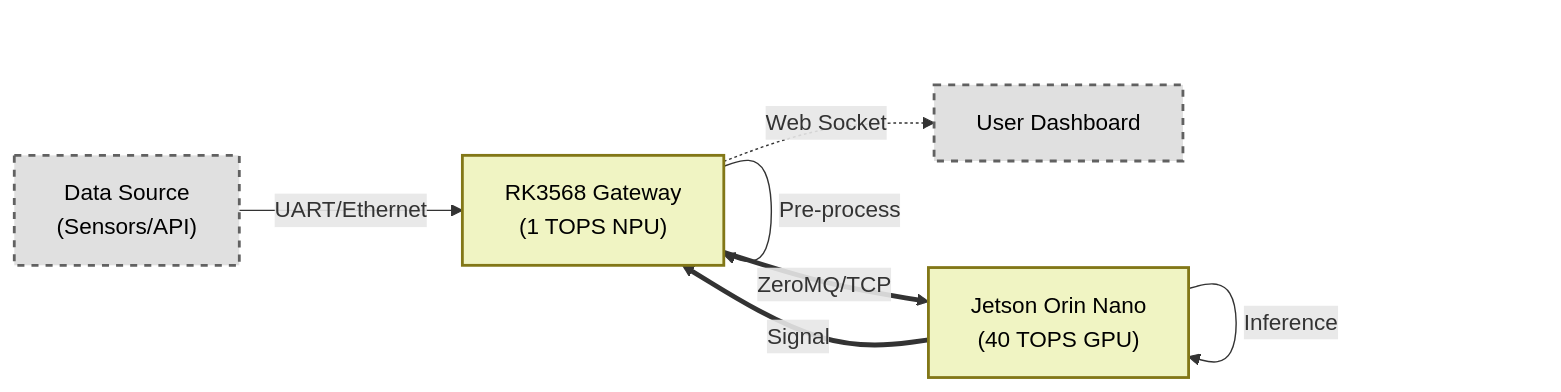
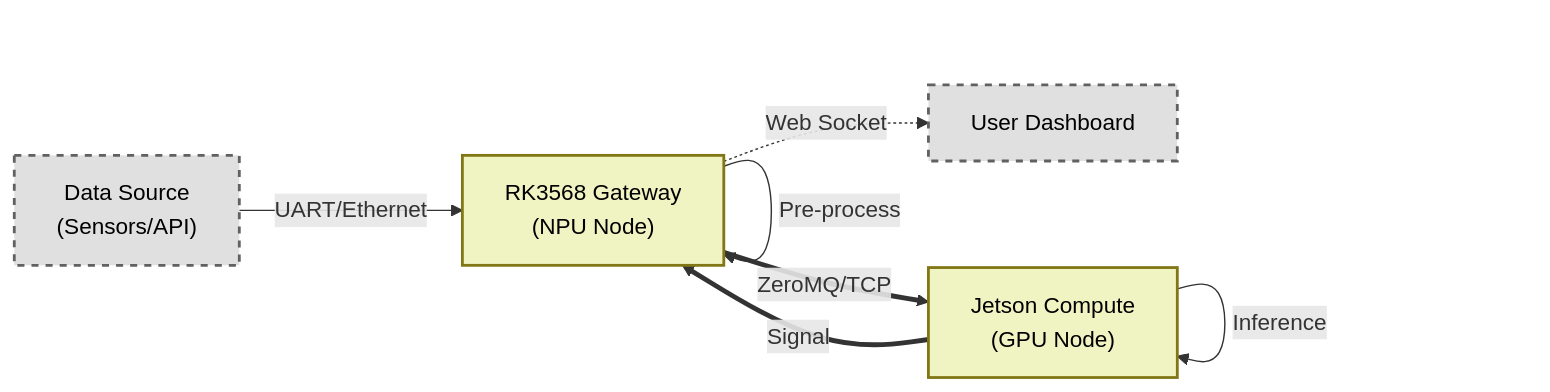
One commit to WNPPP0114/HEQIS changed the second of 2 diagrams in README.md. Above: the diagram before and after it, drawn with Mermaid. The commit also changed other lines of this file, not shown here.

````diff
--- a/README.md
+++ b/README.md
@@ -99,18 +105,18 @@
 ```mermaid
 graph LR
     %% 节点样式定义
     classDef dev fill:#f0f4c3,stroke:#827717,stroke-width:2px,color:#000;
     classDef ext fill:#e0e0e0,stroke:#616161,stroke-width:2px,stroke-dasharray: 5 5,color:#000;
 
     A["Data Source<br/>(Sensors/API)"]:::ext
-    B["RK3568 Gateway<br/>(1 TOPS NPU)"]:::dev
-    C["Jetson Orin Nano<br/>(40 TOPS GPU)"]:::dev
+    B["RK3568 Gateway<br/>(NPU Node)"]:::dev
+    C["Jetson Compute<br/>(GPU Node)"]:::dev
     D["User Dashboard"]:::ext
 
     A -->|UART/Ethernet| B
     B -->|Pre-process| B
     B ==>|ZeroMQ/TCP| C
     C -->|Inference| C
     C ==>|Signal| B
     B -.->|Web Socket| D
 ```
````
